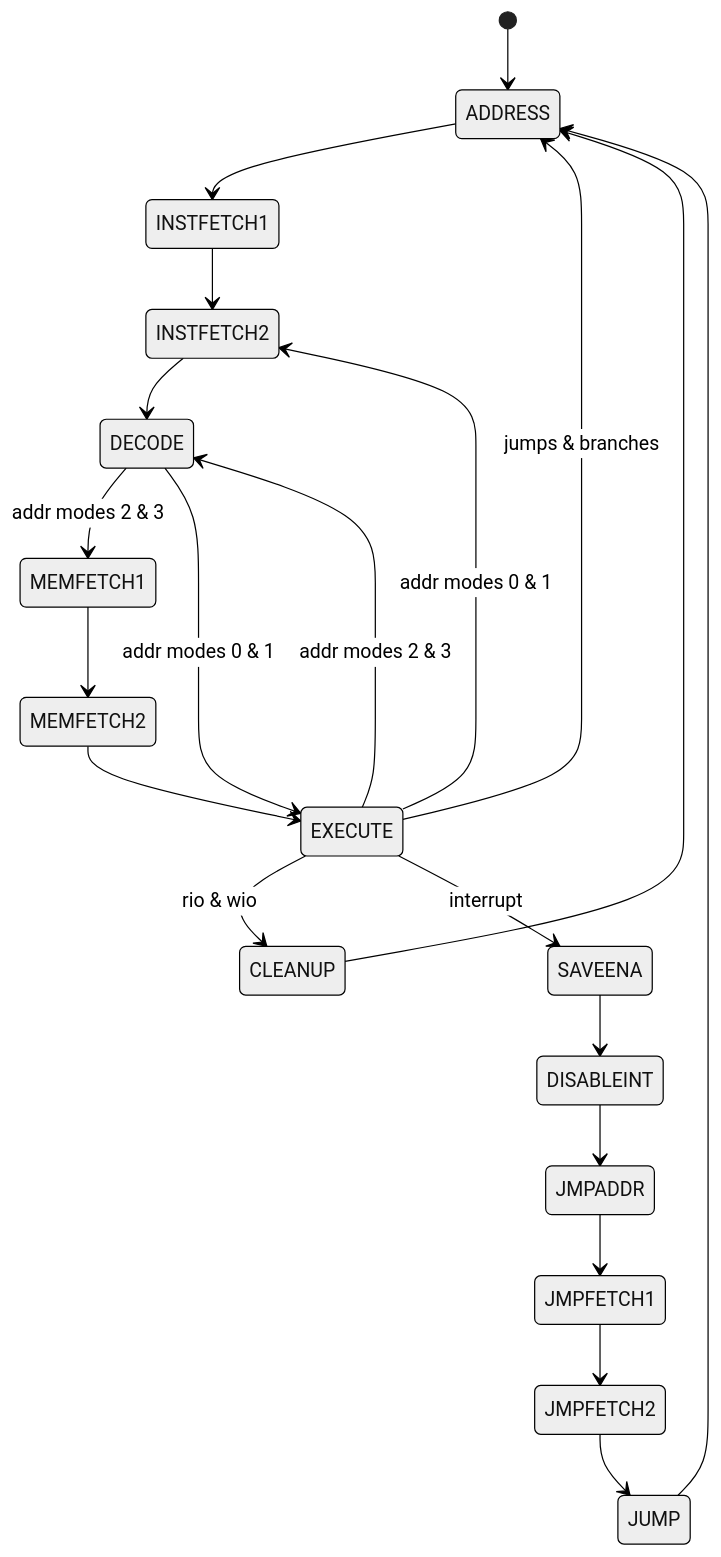
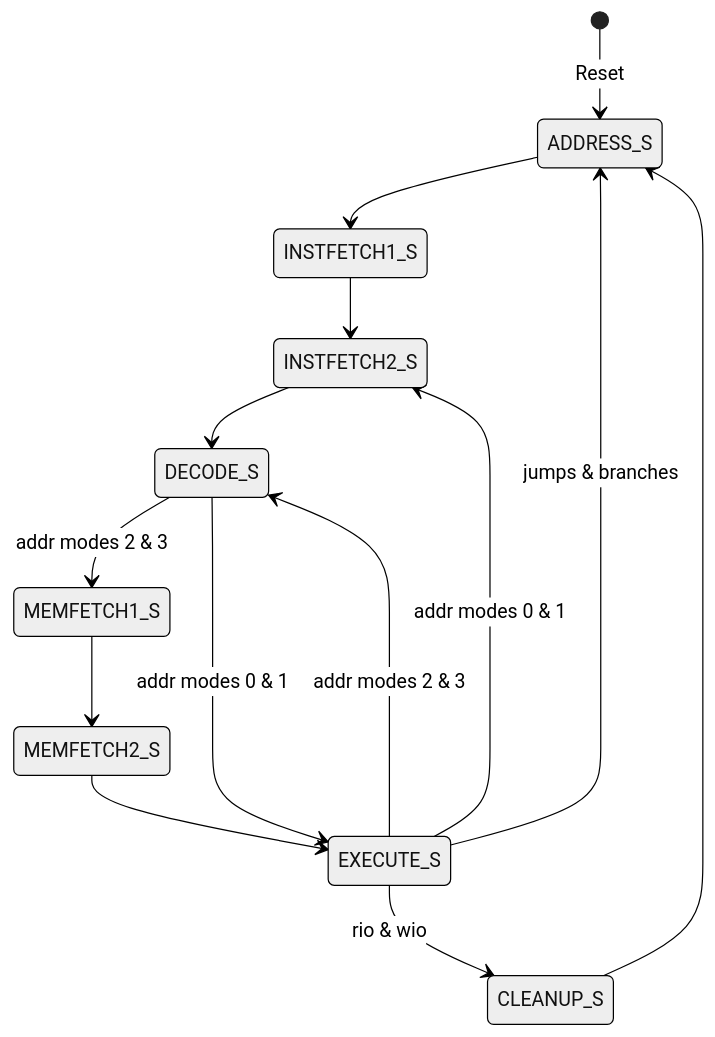
Before and after one commit to cas-mls/cpu2: the first of 2 diagrams in Readme.md, drawn with Mermaid (neutral theme). The commit also changed other lines of this file and 48 other files, not shown here.

````diff
--- a/Readme.md
+++ b/Readme.md
@@ -188,24 +242,17 @@
 ```mermaid
 stateDiagram
-    [*] --> ADDRESS
-    ADDRESS --> INSTFETCH1
-    INSTFETCH1 --> INSTFETCH2
-    INSTFETCH2 --> DECODE
-    DECODE --> MEMFETCH1 : addr modes 2 & 3
-    MEMFETCH1 --> MEMFETCH2
-    MEMFETCH2 --> EXECUTE
-    DECODE --> EXECUTE : addr modes 0 & 1
-    EXECUTE --> ADDRESS : jumps & branches
-    EXECUTE --> CLEANUP : rio & wio
-    EXECUTE --> DECODE : addr modes 2 & 3
-    EXECUTE --> INSTFETCH2 : addr modes 0 & 1
-    EXECUTE --> SAVEENA : interrupt
-    SAVEENA --> DISABLEINT
-    DISABLEINT --> JMPADDR
-    JMPADDR --> JMPFETCH1
-    JMPFETCH1 --> JMPFETCH2
-    JMPFETCH2 --> JUMP
-    JUMP --> ADDRESS
-    CLEANUP --> ADDRESS
+    [*] --> ADDRESS_S : Reset
+    ADDRESS_S --> INSTFETCH1_S
+    INSTFETCH1_S --> INSTFETCH2_S
+    INSTFETCH2_S --> DECODE_S
+    DECODE_S --> MEMFETCH1_S : addr modes 2 & 3
+    MEMFETCH1_S --> MEMFETCH2_S
+    MEMFETCH2_S --> EXECUTE_S
+    DECODE_S --> EXECUTE_S : addr modes 0 & 1
+    EXECUTE_S --> ADDRESS_S : jumps & branches
+    EXECUTE_S --> CLEANUP_S : rio & wio
+    EXECUTE_S --> DECODE_S : addr modes 2 & 3
+    EXECUTE_S --> INSTFETCH2_S : addr modes 0 & 1
+    CLEANUP_S --> ADDRESS_S
     
 ```
````
